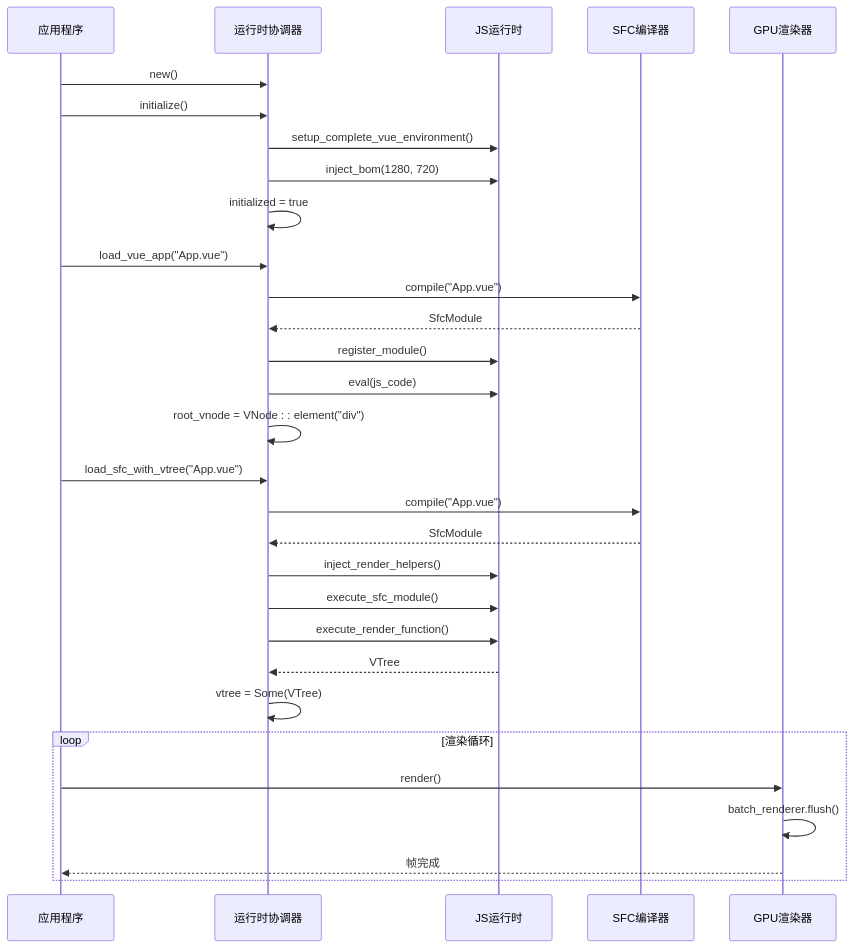
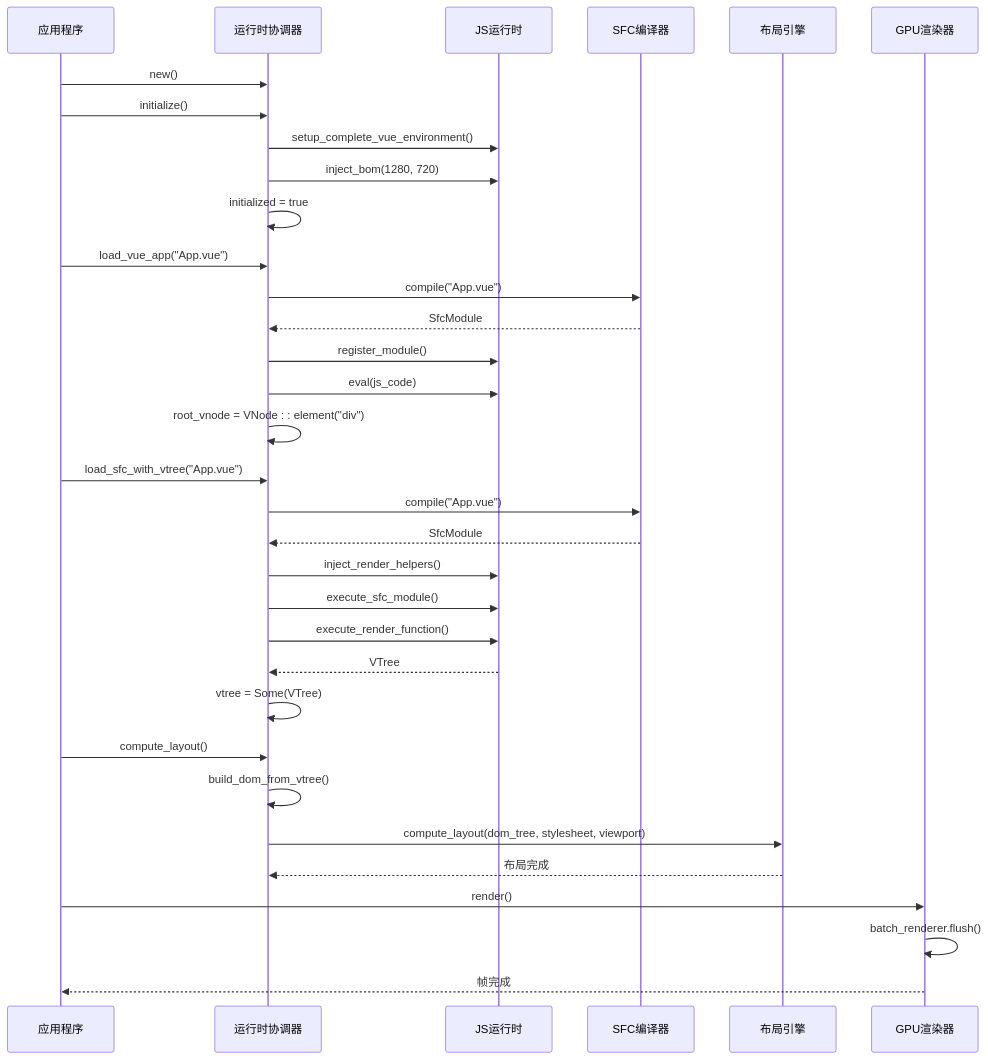
One commit to itszzl-sudo/iris changed the fifth of 14 diagrams in .qoder/repowiki/zh/content/技术架构详解/整体架构设计/Iris运行时协调器.md. Above: the diagram before and after it, drawn with Mermaid. The commit also changed other lines of this file and 2 other files, not shown here.

First line of the commit message:
Phase D 完成: Layout  GPU 渲染集成

````diff
--- a/.qoder/repowiki/zh/content/技术架构详解/整体架构设计/Iris运行时协调器.md
+++ b/.qoder/repowiki/zh/content/技术架构详解/整体架构设计/Iris运行时协调器.md
@@ -274,32 +308,35 @@
 ```mermaid
 sequenceDiagram
 participant APP as 应用程序
 participant ORCH as 运行时协调器
 participant JS as JS运行时
 participant SFC as SFC编译器
+participant LAYOUT as 布局引擎
 participant GPU as GPU渲染器
 APP->>ORCH : new()
 APP->>ORCH : initialize()
 ORCH->>JS : setup_complete_vue_environment()
 ORCH->>JS : inject_bom(1280, 720)
 ORCH->>ORCH : initialized = true
 APP->>ORCH : load_vue_app("App.vue")
 ORCH->>SFC : compile("App.vue")
 SFC-->>ORCH : SfcModule
 ORCH->>JS : register_module()
 ORCH->>JS : eval(js_code)
 ORCH->>ORCH : root_vnode = VNode : : element("div")
 APP->>ORCH : load_sfc_with_vtree("App.vue")
 ORCH->>SFC : compile("App.vue")
 SFC-->>ORCH : SfcModule
 ORCH->>JS : inject_render_helpers()
 ORCH->>JS : execute_sfc_module()
 ORCH->>JS : execute_render_function()
 JS-->>ORCH : VTree
 ORCH->>ORCH : vtree = Some(VTree)
-loop 渲染循环
+APP->>ORCH : compute_layout()
+ORCH->>ORCH : build_dom_from_vtree()
+ORCH->>LAYOUT : compute_layout(dom_tree, stylesheet, viewport)
+LAYOUT-->>ORCH : 布局完成
 APP->>GPU : render()
 GPU->>GPU : batch_renderer.flush()
 GPU-->>APP : 帧完成
-END
 ```
````
